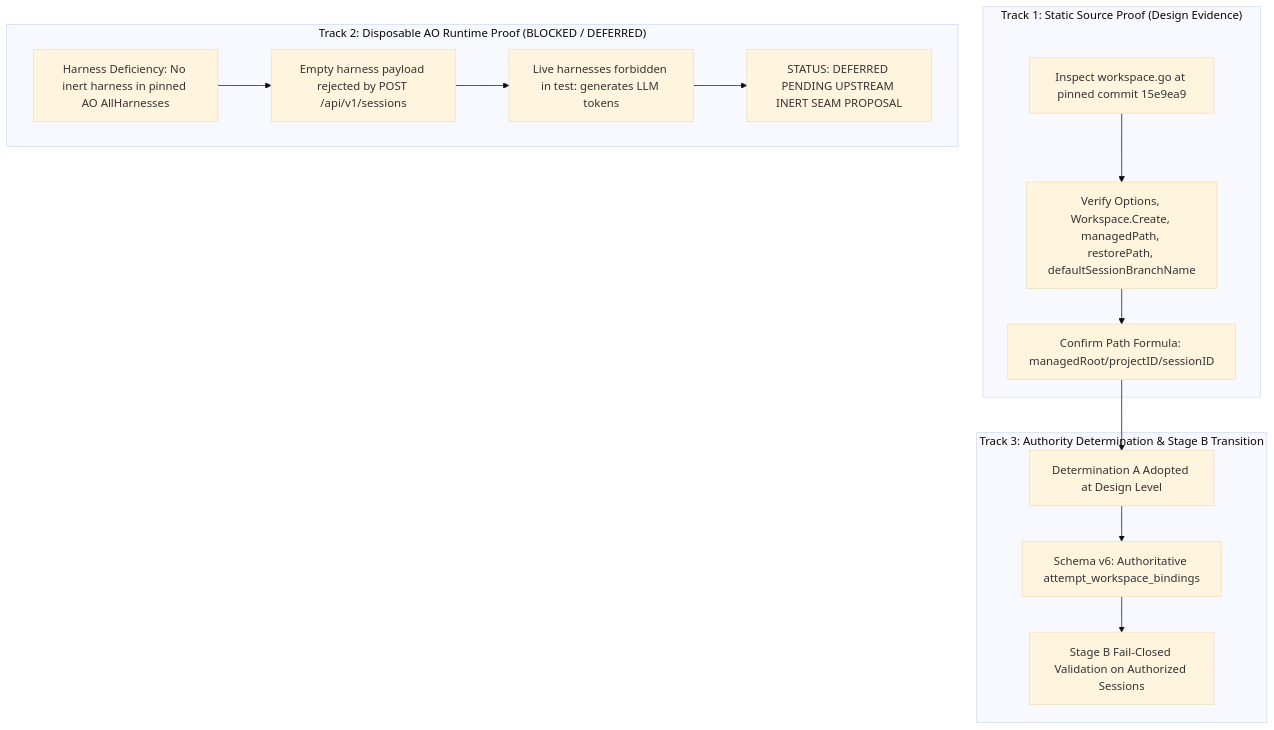
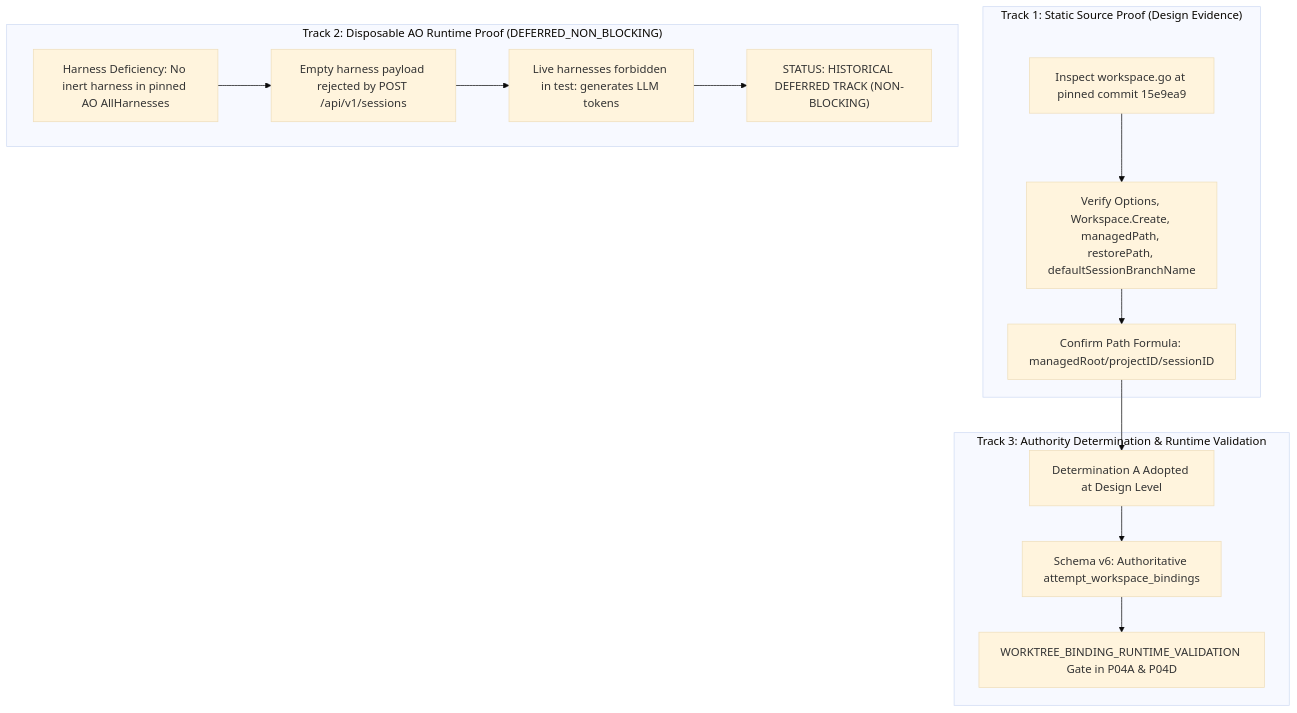
Before and after one commit to trungqwe/ai-supervisor: the diagram in docs/plans/PLAN-P04-WORKTREE-BINDING-PROOF.md, drawn with Mermaid (base theme). The commit also changed other lines of this file and 8 other files, not shown here.

Commit message:
docs(p04): record Re-Audit 005 and Proposal P04-002, remediate pre-contract architecture round 6

````diff
--- a/docs/plans/PLAN-P04-WORKTREE-BINDING-PROOF.md
+++ b/docs/plans/PLAN-P04-WORKTREE-BINDING-PROOF.md
@@ -35,19 +39,19 @@
 ```mermaid
 flowchart TD
     subgraph Track1 ["Track 1: Static Source Proof (Design Evidence)"]
         T1A["Inspect workspace.go at pinned commit 15e9ea9"] --> T1B["Verify Options, Workspace.Create, managedPath, restorePath, defaultSessionBranchName"]
         T1B --> T1C["Confirm Path Formula: managedRoot/projectID/sessionID"]
     end
 
-    subgraph Track2 ["Track 2: Disposable AO Runtime Proof (BLOCKED / DEFERRED)"]
+    subgraph Track2 ["Track 2: Disposable AO Runtime Proof (DEFERRED_NON_BLOCKING)"]
         T2A["Harness Deficiency: No inert harness in pinned AO AllHarnesses"] --> T2B["Empty harness payload rejected by POST /api/v1/sessions"]
         T2B --> T2C["Live harnesses forbidden in test: generates LLM tokens"]
-        T2C --> T2D["STATUS: DEFERRED PENDING UPSTREAM INERT SEAM PROPOSAL"]
+        T2C --> T2D["STATUS: HISTORICAL DEFERRED TRACK (NON-BLOCKING)"]
     end
 
-    subgraph Track3 ["Track 3: Authority Determination & Stage B Transition"]
+    subgraph Track3 ["Track 3: Authority Determination & Runtime Validation"]
         T1C --> T3A["Determination A Adopted at Design Level"]
         T3A --> T3B["Schema v6: Authoritative attempt_workspace_bindings"]
-        T3B --> T3C["Stage B Fail-Closed Validation on Authorized Sessions"]
+        T3B --> T3C["WORKTREE_BINDING_RUNTIME_VALIDATION Gate in P04A & P04D"]
     end
 ```
````
